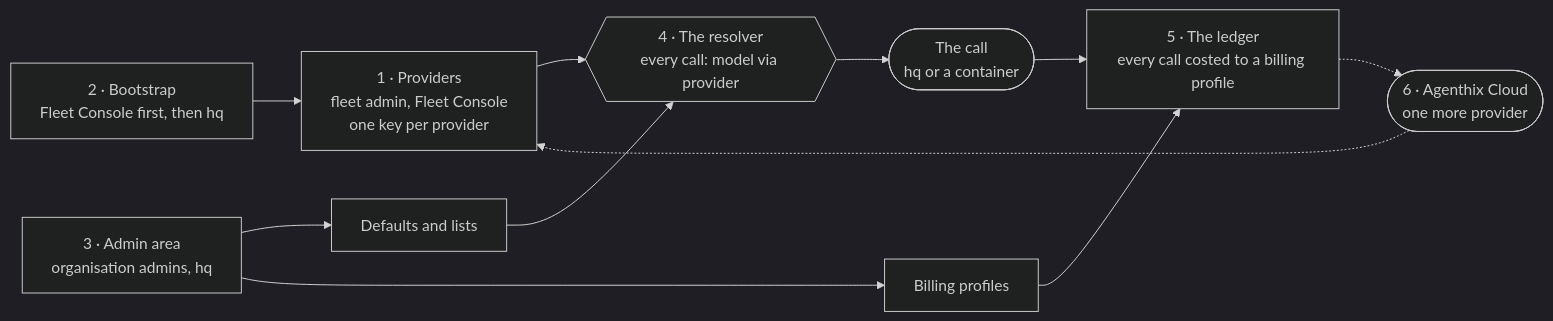
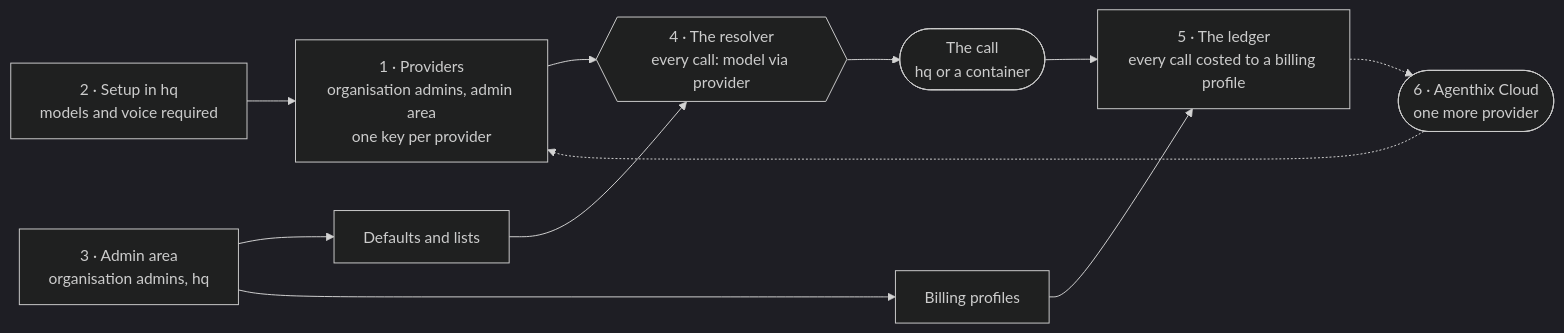
Before and after one commit to solution84-com/agenthix: the diagram in docs/work/2026-10-23-models-from-one-place/spec.md, drawn with Mermaid (dark theme). The commit also changed other lines of this file and 8 other files, not shown here.

Commit message:
docs(work): models from one place — the implementation plan, with providers and setup in hq

````diff
--- a/docs/work/2026-10-23-models-from-one-place/spec.md
+++ b/docs/work/2026-10-23-models-from-one-place/spec.md
@@ -50,13 +51,13 @@
 ```mermaid
 flowchart LR
-    FA["1 · Providers<br/>fleet admin, Fleet Console<br/>one key per provider"] --> R{{"4 · The resolver<br/>every call: model via provider"}}
-    BS["2 · Bootstrap<br/>Fleet Console first, then hq"] --> FA
+    FA["1 · Providers<br/>organisation admins, admin area<br/>one key per provider"] --> R{{"4 · The resolver<br/>every call: model via provider"}}
+    BS["2 · Setup in hq<br/>models and voice required"] --> FA
     OA["3 · Admin area<br/>organisation admins, hq"] --> MD["Defaults and lists"]
     MD --> R
     OA --> BP["Billing profiles"]
     R --> CALL(["The call<br/>hq or a container"])
     CALL --> LED["5 · The ledger<br/>every call costed to a billing profile"]
     BP --> LED
     CL(["6 · Agenthix Cloud<br/>one more provider"]) -.-> FA
     LED -.-> CL
 ```
````
